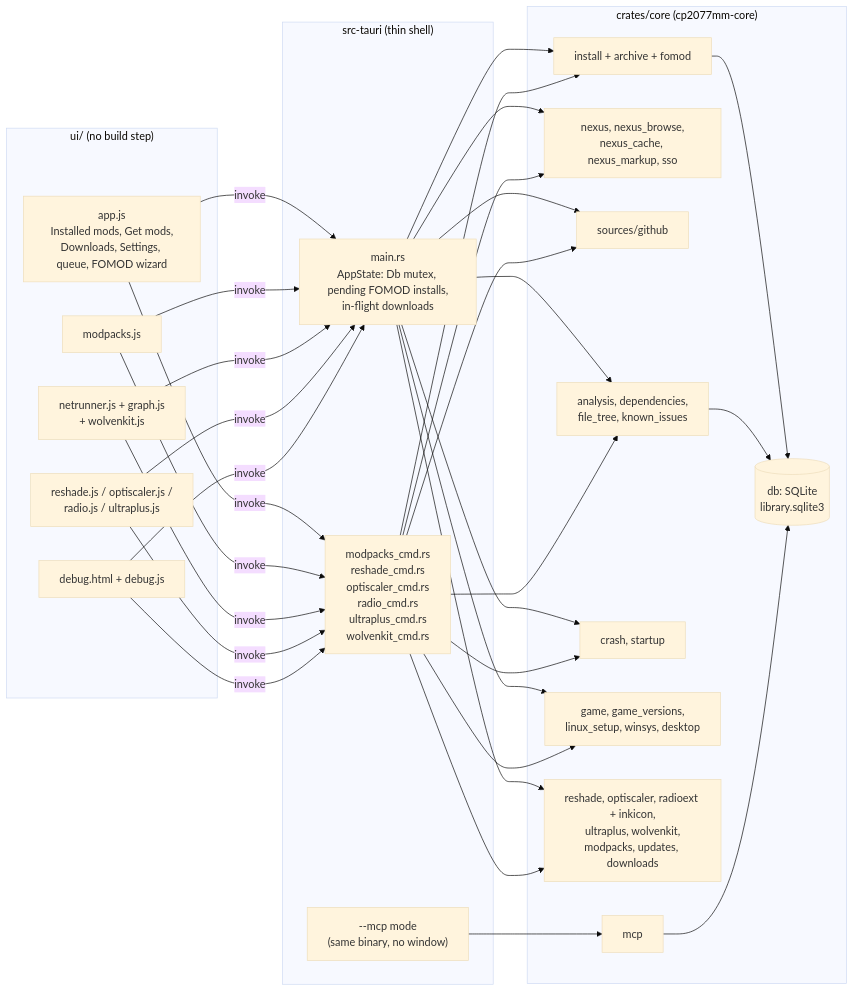
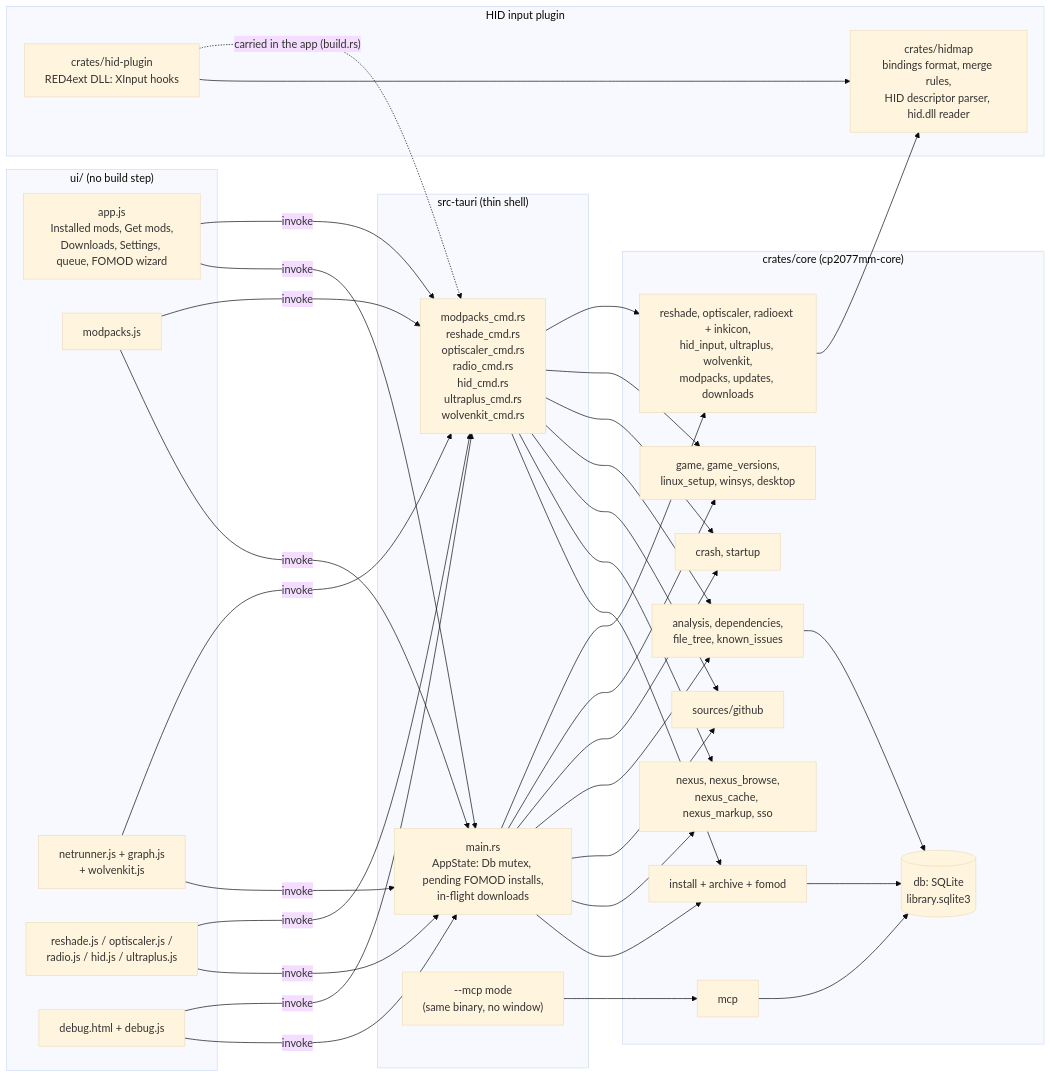
One commit to Higher-dimentionalSemanticsFanatic/LinuxCPMX2077 changed the first of 2 diagrams in docs/architecture/App structure.md. Above: the diagram before and after it, drawn with Mermaid (base theme). The commit also changed other lines of this file and 27 other files, not shown here.

````diff
--- a/docs/architecture/App structure.md
+++ b/docs/architecture/App structure.md
@@ -12,31 +12,38 @@
 ```mermaid
 flowchart LR
   subgraph UI["ui/ (no build step)"]
     app[app.js<br/>Installed mods, Get mods,<br/>Downloads, Settings, queue, FOMOD wizard]
     mp[modpacks.js]
     nr[netrunner.js + graph.js<br/>+ wolvenkit.js]
-    rs[reshade.js / optiscaler.js /<br/>radio.js / ultraplus.js]
+    rs[reshade.js / optiscaler.js /<br/>radio.js / hid.js / ultraplus.js]
     dbg[debug.html + debug.js]
   end
   subgraph Shell["src-tauri (thin shell)"]
     main[main.rs<br/>AppState: Db mutex, pending FOMOD installs,<br/>in-flight downloads]
-    cmds[modpacks_cmd.rs<br/>reshade_cmd.rs<br/>optiscaler_cmd.rs<br/>radio_cmd.rs<br/>ultraplus_cmd.rs<br/>wolvenkit_cmd.rs]
+    cmds[modpacks_cmd.rs<br/>reshade_cmd.rs<br/>optiscaler_cmd.rs<br/>radio_cmd.rs<br/>hid_cmd.rs<br/>ultraplus_cmd.rs<br/>wolvenkit_cmd.rs]
     mcpbin["--mcp mode<br/>(same binary, no window)"]
   end
   subgraph Core["crates/core (cp2077mm-core)"]
     install[install + archive + fomod]
     db[(db: SQLite<br/>library.sqlite3)]
     nexus[nexus, nexus_browse,<br/>nexus_cache, nexus_markup, sso]
     sources[sources/github]
     analysis[analysis, dependencies,<br/>file_tree, known_issues]
     diag[crash, startup]
     setup[game, game_versions,<br/>linux_setup, winsys, desktop]
-    extra[reshade, optiscaler, radioext + inkicon,<br/>ultraplus, wolvenkit,<br/>modpacks, updates, downloads]
+    extra[reshade, optiscaler, radioext + inkicon,<br/>hid_input, ultraplus, wolvenkit,<br/>modpacks, updates, downloads]
     mcp[mcp]
+  end
+  subgraph Hid["HID input plugin"]
+    hidmap[crates/hidmap<br/>bindings format, merge rules,<br/>HID descriptor parser, hid.dll reader]
+    plugin[crates/hid-plugin<br/>RED4ext DLL: XInput hooks]
   end
   app & mp & nr & rs & dbg -- invoke --> main & cmds
   main & cmds --> install & nexus & sources & analysis & diag & setup & extra
   install --> db
   analysis --> db
   mcpbin --> mcp --> db
+  extra --> hidmap
+  plugin --> hidmap
+  plugin -. "carried in the app (build.rs)" .-> cmds
 ```
````
